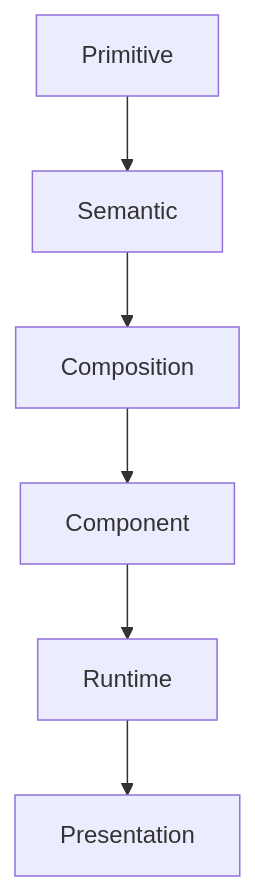
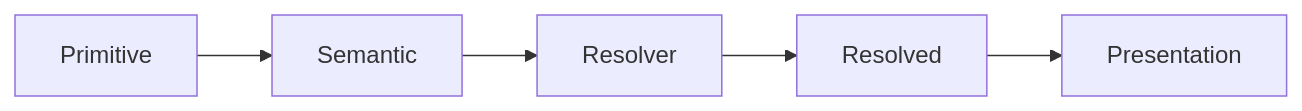
Before and after one commit to mosaic-media/architecture: the ninth of 9 diagrams in docs/design/system/mds-001-design-token-architecture/04-semantic-tokens.md, drawn with Mermaid. The commit also changed other lines of this file and 19 other files, not shown here.

Commit message:
docs(mds-001): simplify token resolution architecture

````diff
--- a/docs/design/system/mds-001-design-token-architecture/04-semantic-tokens.md
+++ b/docs/design/system/mds-001-design-token-architecture/04-semantic-tokens.md
@@ -616,10 +619,9 @@
 ```mermaid
-flowchart TD
+flowchart LR
 
 Primitive
 Primitive --> Semantic
-Semantic --> Composition
-Composition --> Component
-Component --> Runtime
-Runtime --> Presentation
+Semantic --> Resolver
+Resolver --> Resolved
+Resolved --> Presentation
 ```
````
